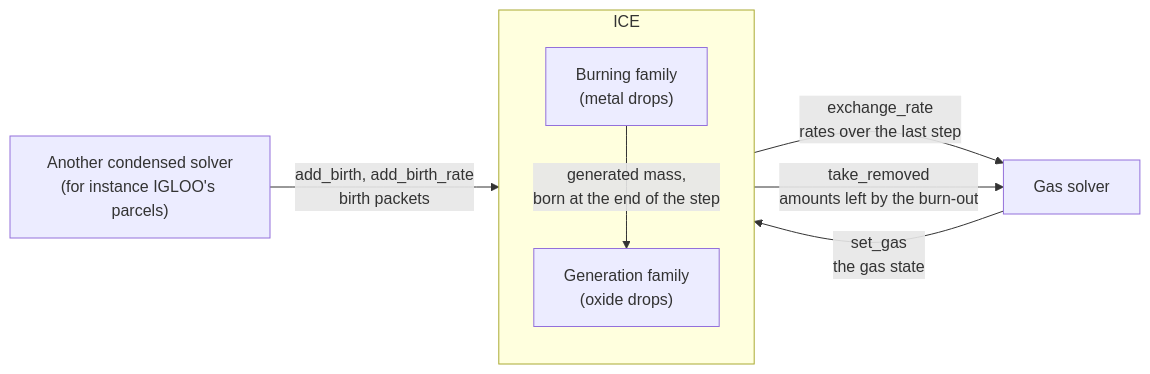
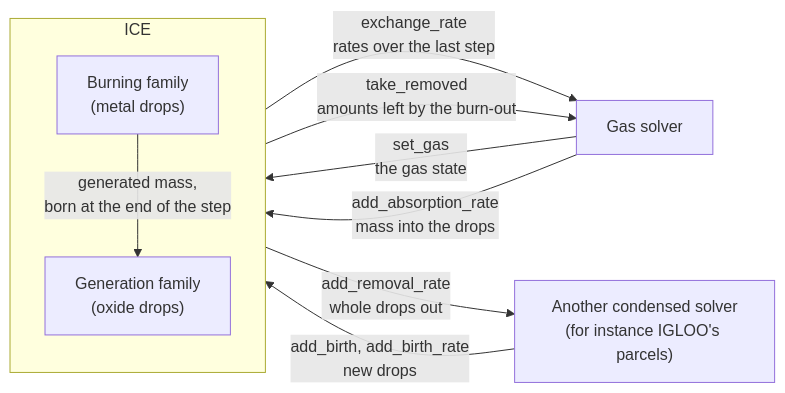
Before and after one commit to open-hydra/ICE: the first of 2 diagrams in docs/development/coupling.md, drawn with Mermaid. The commit also changed other lines of this file and 8 other files, not shown here.

Commit message:
Exchange: absorption and removal rates for a coupler (imports replace births_ext)

````diff
--- a/docs/development/coupling.md
+++ b/docs/development/coupling.md
@@ -9,15 +9,17 @@
 ```mermaid
 flowchart LR
     gas["Gas solver"]
     other["Another condensed solver<br/>(for instance IGLOO's parcels)"]
     subgraph ICE
         direction TB
         burn["Burning family<br/>(metal drops)"]
         oxide["Generation family<br/>(oxide drops)"]
     end
     gas -- "set_gas<br/>the gas state" --> burn
     burn -- "exchange_rate<br/>rates over the last step" --> gas
     burn -- "take_removed<br/>amounts left by the burn-out" --> gas
     burn -- "generated mass,<br/>born at the end of the step" --> oxide
-    other -- "add_birth, add_birth_rate<br/>birth packets" --> oxide
+    other -- "add_birth, add_birth_rate<br/>new drops" --> oxide
+    gas -- "add_absorption_rate<br/>mass into the drops" --> burn
+    oxide -- "add_removal_rate<br/>whole drops out" --> other
 ```
````
